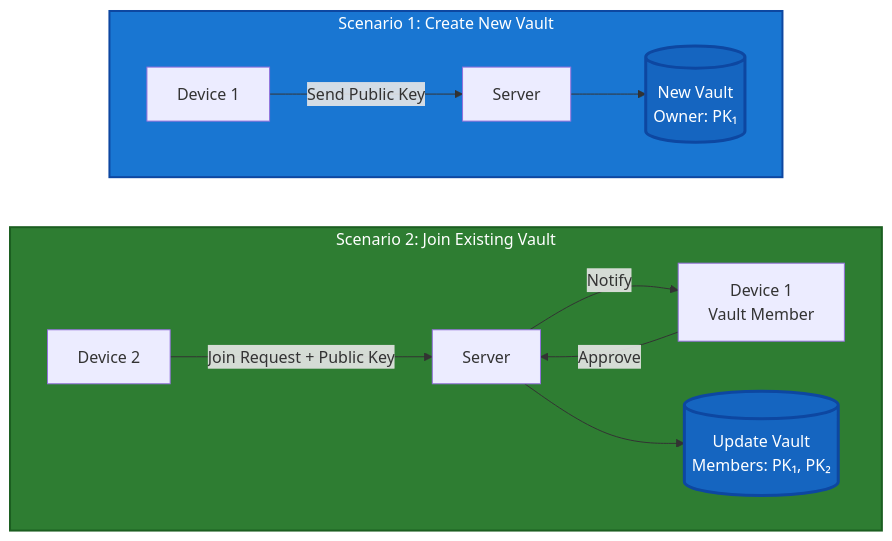
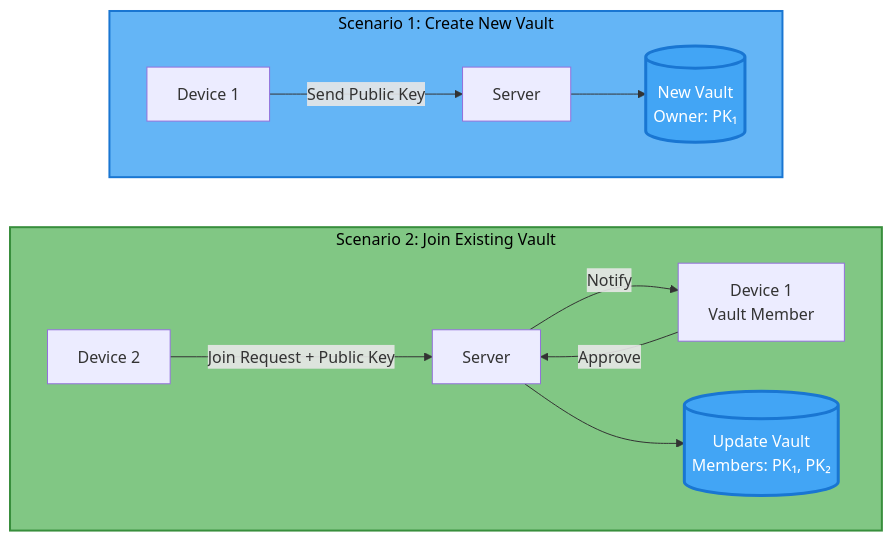
One commit to meta-secret/meta-secret-core changed the fifth of 12 diagrams in docs/meta-secret-technical-presentation.md. Above: the diagram before and after it, drawn with Mermaid. The commit also changed other lines of this file, not shown here.

````diff
--- a/docs/meta-secret-technical-presentation.md
+++ b/docs/meta-secret-technical-presentation.md
@@ -320,21 +320,21 @@
 ```mermaid
 flowchart RL
     subgraph JOIN["Scenario 2: Join Existing Vault"]
         direction LR
         D2[Device 2] -->|Join Request + Public Key| S2[Server]
         S2 -->|Notify| D1B[Device 1<br/>Vault Member]
         D1B -->|Approve| S2
         S2 --> V2[(Update Vault<br/>Members: PK₁, PK₂)]
     end
 
     subgraph CREATE["Scenario 1: Create New Vault"]
         direction LR
         D1[Device 1] -->|Send Public Key| S1[Server]
         S1 --> V1[(New Vault<br/>Owner: PK₁)]
     end
     
-    style V1 fill:#1565c0,color:#fff,stroke:#0d47a1,stroke-width:3px
-    style V2 fill:#1565c0,color:#fff,stroke:#0d47a1,stroke-width:3px
-    style CREATE fill:#1976d2,color:#fff,stroke:#0d47a1,stroke-width:2px
-    style JOIN fill:#2e7d32,color:#fff,stroke:#1b5e20,stroke-width:2px
+    style V1 fill:#42a5f5,color:#fff,stroke:#1976d2,stroke-width:3px
+    style V2 fill:#42a5f5,color:#fff,stroke:#1976d2,stroke-width:3px
+    style CREATE fill:#64b5f6,color:#000,stroke:#1976d2,stroke-width:2px
+    style JOIN fill:#81c784,color:#000,stroke:#388e3c,stroke-width:2px
 ```
````
